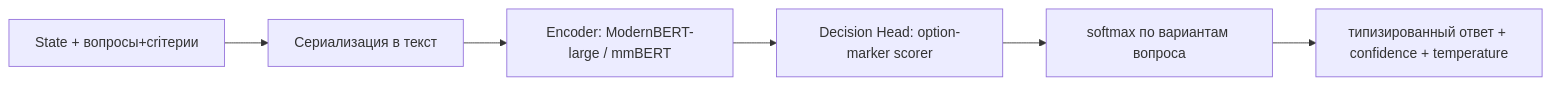
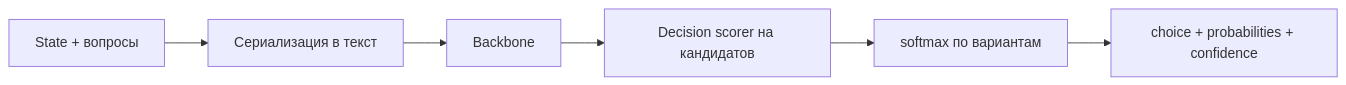
The second of 3 diagrams in Jev_and_Laya_presentation.md (Archelephant/Jev_experiment), drawn with Mermaid before and after one commit. The commit also changed other lines of this file and 3 other files, not shown here.

````diff
--- a/Jev_and_Laya_presentation.md
+++ b/Jev_and_Laya_presentation.md
@@ -131,8 +239,8 @@
 ```mermaid
 graph LR
-  A[State + вопросы+criтерии] --> B[Сериализация в текст]
-  B --> C[Encoder: ModernBERT-large / mmBERT]
-  C --> D[Decision Head: option-marker scorer]
-  D --> E[softmax по вариантам вопроса]
-  E --> F[типизированный ответ + confidence + temperature]
+  A[State + вопросы] --> B[Сериализация в текст]
+  B --> C[Backbone]
+  C --> D[Decision scorer на кандидатов]
+  D --> E[softmax по вариантам]
+  E --> F[choice + probabilities + confidence]
 ```
````
